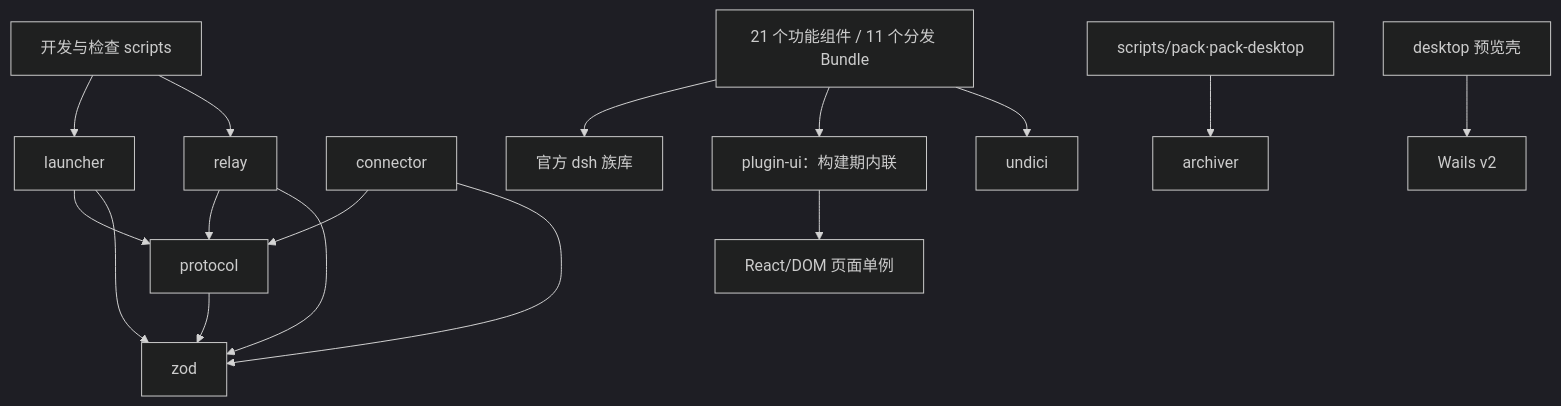
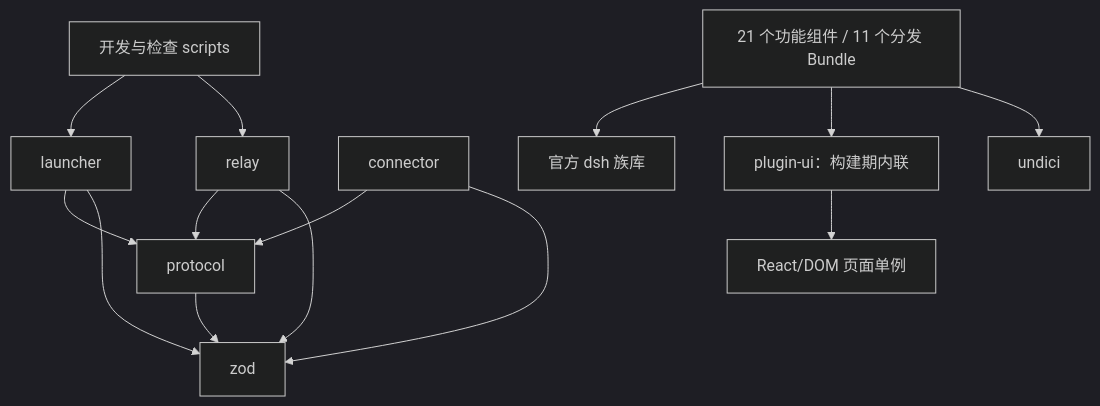
Before and after one commit to WaynePluto/dsh-kit: the diagram in ARCHITECTURE.md, drawn with Mermaid (dark theme). The commit also changed other lines of this file and 96 other files, not shown here.

````diff
--- a/ARCHITECTURE.md
+++ b/ARCHITECTURE.md
@@ -40,18 +37,16 @@
 ```mermaid
 graph TD
   Scripts[开发与检查 scripts] --> Launcher[launcher]
   Scripts --> Relay[relay]
   Launcher --> Protocol[protocol]
   Relay --> Protocol
   Connector[connector] --> Protocol
   Plugins[21 个功能组件 / 11 个分发 Bundle] --> DshLibs[官方 dsh 族库]
   Plugins --> PluginUI[plugin-ui：构建期内联]
   Plugins --> Undici[undici]
   PluginUI --> React[React/DOM 页面单例]
   Launcher --> Zod[zod]
   Relay --> Zod
   Connector --> Zod
   Protocol --> Zod
-  Pack[scripts/pack·pack-desktop] --> Archiver[archiver]
-  DesktopPreview[desktop 预览壳] --> Wails[Wails v2]
 ```
````
